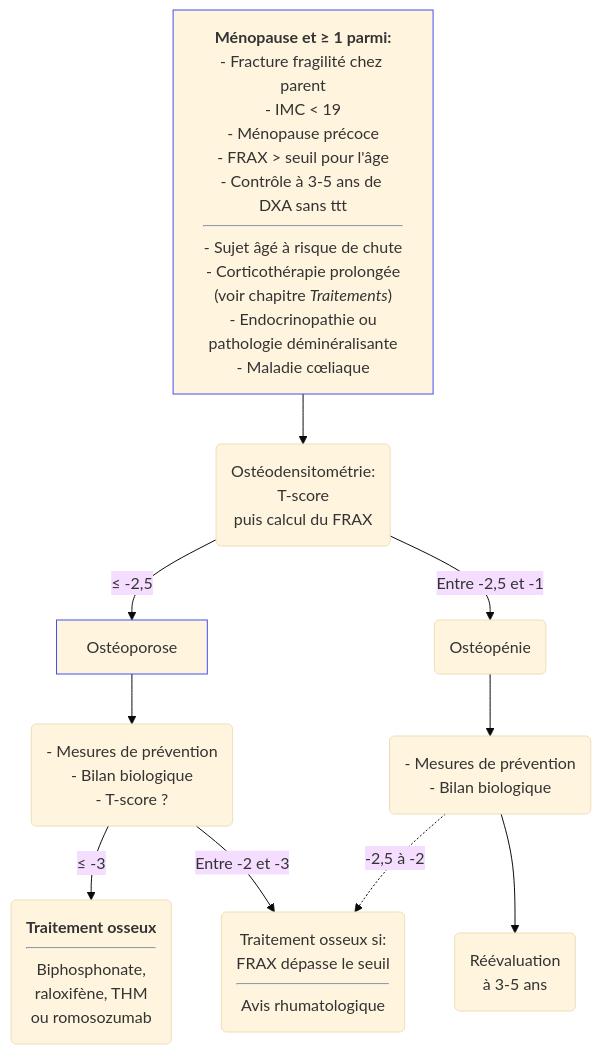
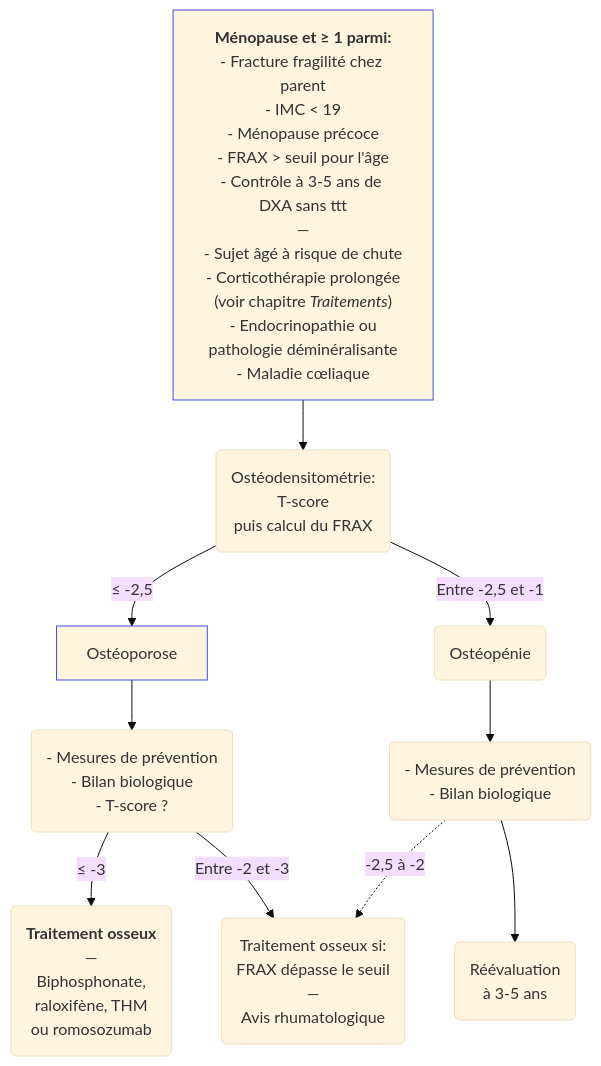
Before and after one commit to djibe/recommandations-medicales: the first of 2 diagrams in content/recommandations/osteoporose.md, drawn with Mermaid (base theme). The commit also changed other lines of this file and 51 other files, not shown here.

```diff
--- a/content/recommandations/osteoporose.md
+++ b/content/recommandations/osteoporose.md
@@ -555,12 +555,12 @@
 {{< mermaid title="Dépistage et prise en charge de l'ostéoporose en l'absence d'antécédent de fracture osseuse. JB Fron d'après SFRhumato 2018" >}}
 graph TB
-  menopause["<b>Ménopause et ≥ 1 parmi:</b><br>- Fracture fragilité chez parent<br>- IMC &lt; 19<br>- Ménopause précoce<br>- FRAX &gt; seuil pour l'âge<br>- Contrôle à 3-5 ans de DXA sans ttt<hr>- Sujet âgé à risque de chute<br>- Corticothérapie prolongée<br>(voir chapitre <em>Traitements</em>)<br>- Endocrinopathie ou<br>pathologie déminéralisante<br>- Maladie cœliaque"]
+  menopause["<b>Ménopause et ≥ 1 parmi:</b><br>- Fracture fragilité chez parent<br>- IMC &lt; 19<br>- Ménopause précoce<br>- FRAX &gt; seuil pour l'âge<br>- Contrôle à 3-5 ans de DXA sans ttt<br>—<br>- Sujet âgé à risque de chute<br>- Corticothérapie prolongée<br>(voir chapitre <em>Traitements</em>)<br>- Endocrinopathie ou<br>pathologie déminéralisante<br>- Maladie cœliaque"]
   style menopause stroke:#4150f5, stroke-width:1px
     menopause --> DXA(Ostéodensitométrie:<br>T-score<br>puis calcul du FRAX)
       DXA -- "≤ -2,5" --> Ostéoporose --> prev("- Mesures de prévention<br>- Bilan biologique<br>- T-score ?")
       style Ostéoporose stroke:#4150f5, stroke-width:1px
-        prev -- "≤ -3" --> traitement("<b>Traitement osseux</b><hr>Biphosphonate,<br>raloxifène, THM<br>ou romosozumab")
-        prev -- "Entre -2 et -3" --> avis("Traitement osseux si:<br>FRAX dépasse le seuil<hr>Avis rhumatologique")
+        prev -- "≤ -3" --> traitement("<b>Traitement osseux</b><br>—<br>Biphosphonate,<br>raloxifène, THM<br>ou romosozumab")
+        prev -- "Entre -2 et -3" --> avis("Traitement osseux si:<br>FRAX dépasse le seuil<br>—<br>Avis rhumatologique")
       DXA -- "Entre -2,5 et -1" --> osteopenie(Ostéopénie) --> prevention("- Mesures de prévention<br>- Bilan biologique") -. "-2,5 à -2" .-> avis
       prevention --> recontrole("Réévaluation<br>à 3-5 ans")
 {{< /mermaid >}}
```
